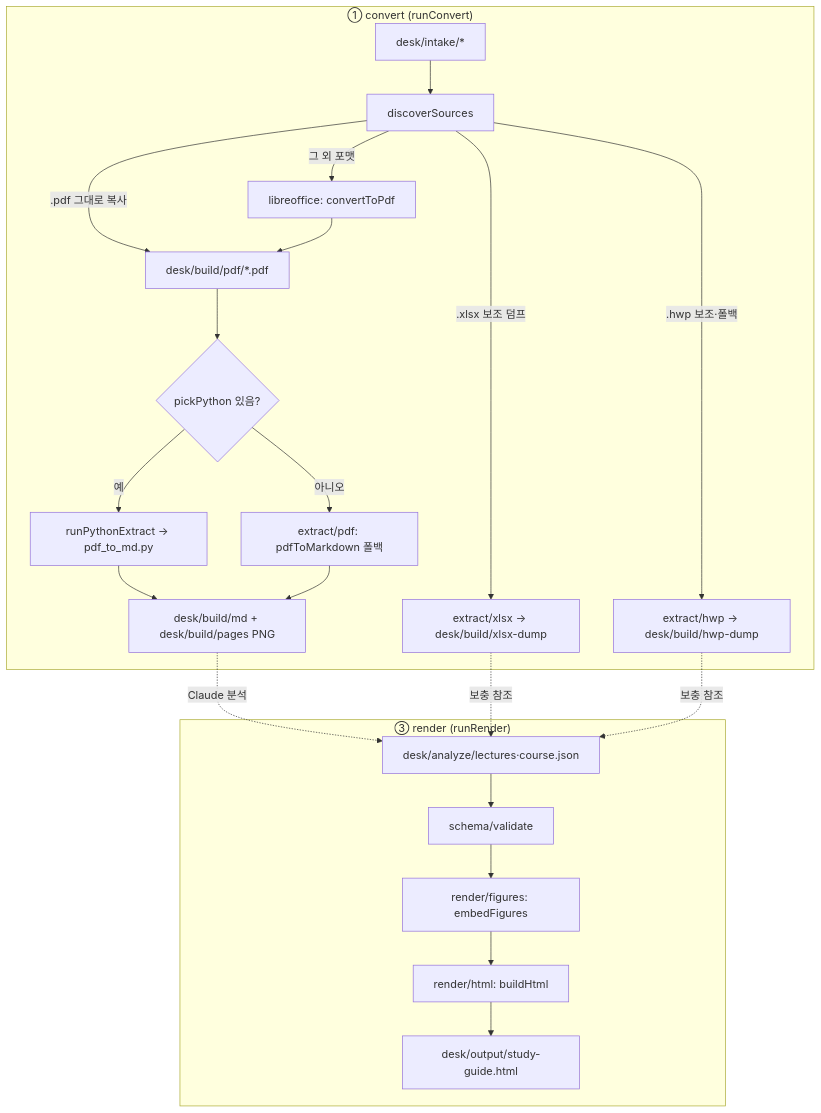
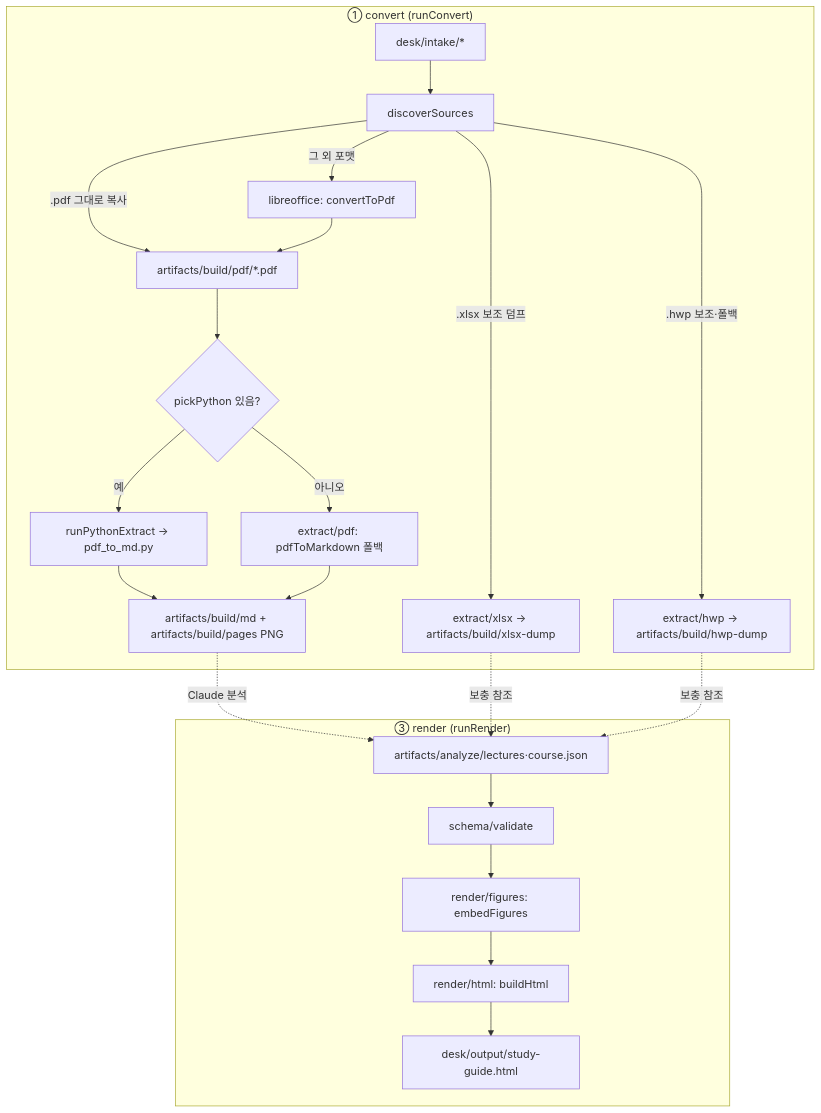
One commit to lsc892/Examplify changed the diagram in docs/wiki/architecture.md. Above: the diagram before and after it, drawn with Mermaid. The commit also changed other lines of this file and 17 other files, not shown here.

````diff
--- a/docs/wiki/architecture.md
+++ b/docs/wiki/architecture.md
@@ -44,25 +44,25 @@
 ```mermaid
 flowchart TD
   subgraph convert["① convert (runConvert)"]
     S[desk/intake/*] --> DISC[discoverSources]
-    DISC -->|.pdf 그대로 복사| PDF[desk/build/pdf/*.pdf]
+    DISC -->|.pdf 그대로 복사| PDF[artifacts/build/pdf/*.pdf]
     DISC -->|그 외 포맷| LO[libreoffice: convertToPdf]
     LO --> PDF
-    DISC -->|.xlsx 보조 덤프| XL[extract/xlsx → desk/build/xlsx-dump]
-    DISC -->|.hwp 보조·폴백| HW[extract/hwp → desk/build/hwp-dump]
+    DISC -->|.xlsx 보조 덤프| XL[extract/xlsx → artifacts/build/xlsx-dump]
+    DISC -->|.hwp 보조·폴백| HW[extract/hwp → artifacts/build/hwp-dump]
     PDF --> PY{pickPython 있음?}
     PY -->|예| PYX[runPythonExtract → pdf_to_md.py]
     PY -->|아니오| FB[extract/pdf: pdfToMarkdown 폴백]
-    PYX --> MD[desk/build/md + desk/build/pages PNG]
+    PYX --> MD[artifacts/build/md + artifacts/build/pages PNG]
     FB --> MD
   end
-  MD -.->|Claude 분석| AJ[desk/analyze/lectures·course.json]
+  MD -.->|Claude 분석| AJ[artifacts/analyze/lectures·course.json]
   XL -.->|보충 참조| AJ
   HW -.->|보충 참조| AJ
   subgraph render["③ render (runRender)"]
     AJ --> V[schema/validate]
     V --> FIG[render/figures: embedFigures]
     FIG --> H[render/html: buildHtml]
     H --> OUT[desk/output/study-guide.html]
   end
 ```
````
